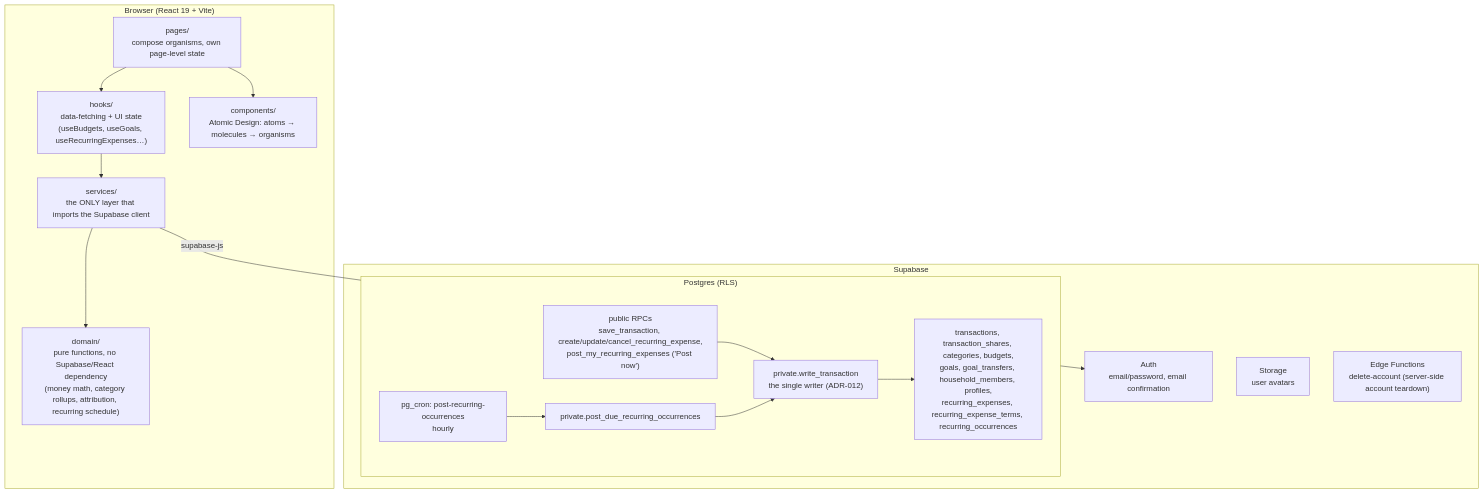
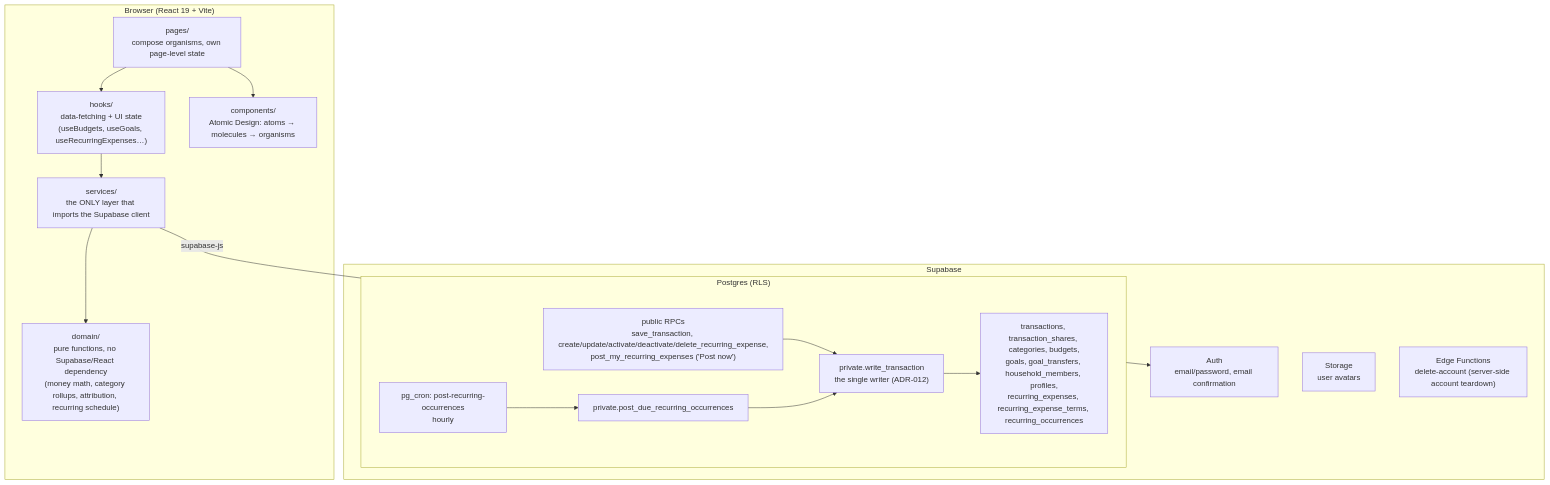
The diagram in src/apps/finora/README.md (SkarletA/portafolio), drawn with Mermaid before and after one commit. The commit also changed other lines of this file and 20 other files, not shown here.

````diff
--- a/src/apps/finora/README.md
+++ b/src/apps/finora/README.md
@@ -80,37 +80,37 @@
 ```mermaid
 flowchart TB
     subgraph Browser["Browser (React 19 + Vite)"]
         pages["pages/<br/>compose organisms, own page-level state"]
         hooks["hooks/<br/>data-fetching + UI state<br/>(useBudgets, useGoals, useRecurringExpenses…)"]
         components["components/<br/>Atomic Design: atoms → molecules → organisms"]
         domain["domain/<br/>pure functions, no Supabase/React dependency<br/>(money math, category rollups, attribution, recurring schedule)"]
         services["services/<br/>the ONLY layer that imports the Supabase client"]
 
         pages --> components
         pages --> hooks
         hooks --> services
         services --> domain
     end
 
     services -->|supabase-js| Auth
 
     subgraph Supabase["Supabase"]
         Auth["Auth<br/>email/password, email confirmation"]
 
         subgraph Postgres["Postgres (RLS)"]
-            RPCs["public RPCs<br/>save_transaction, create/update/cancel_recurring_expense,<br/>post_my_recurring_expenses ('Post now')"]
+            RPCs["public RPCs<br/>save_transaction, create/update/activate/deactivate/delete_recurring_expense,<br/>post_my_recurring_expenses ('Post now')"]
             Writer["private.write_transaction<br/>the single writer (ADR-012)"]
             Tables["transactions, transaction_shares, categories, budgets,<br/>goals, goal_transfers, household_members, profiles,<br/>recurring_expenses, recurring_expense_terms, recurring_occurrences"]
             Cron["pg_cron: post-recurring-occurrences<br/>hourly"]
             Job["private.post_due_recurring_occurrences"]
 
             RPCs --> Writer
             Writer --> Tables
             Cron --> Job
             Job --> Writer
         end
 
         Storage["Storage<br/>user avatars"]
         EdgeFn["Edge Functions<br/>delete-account (server-side account teardown)"]
     end
 ```
````
